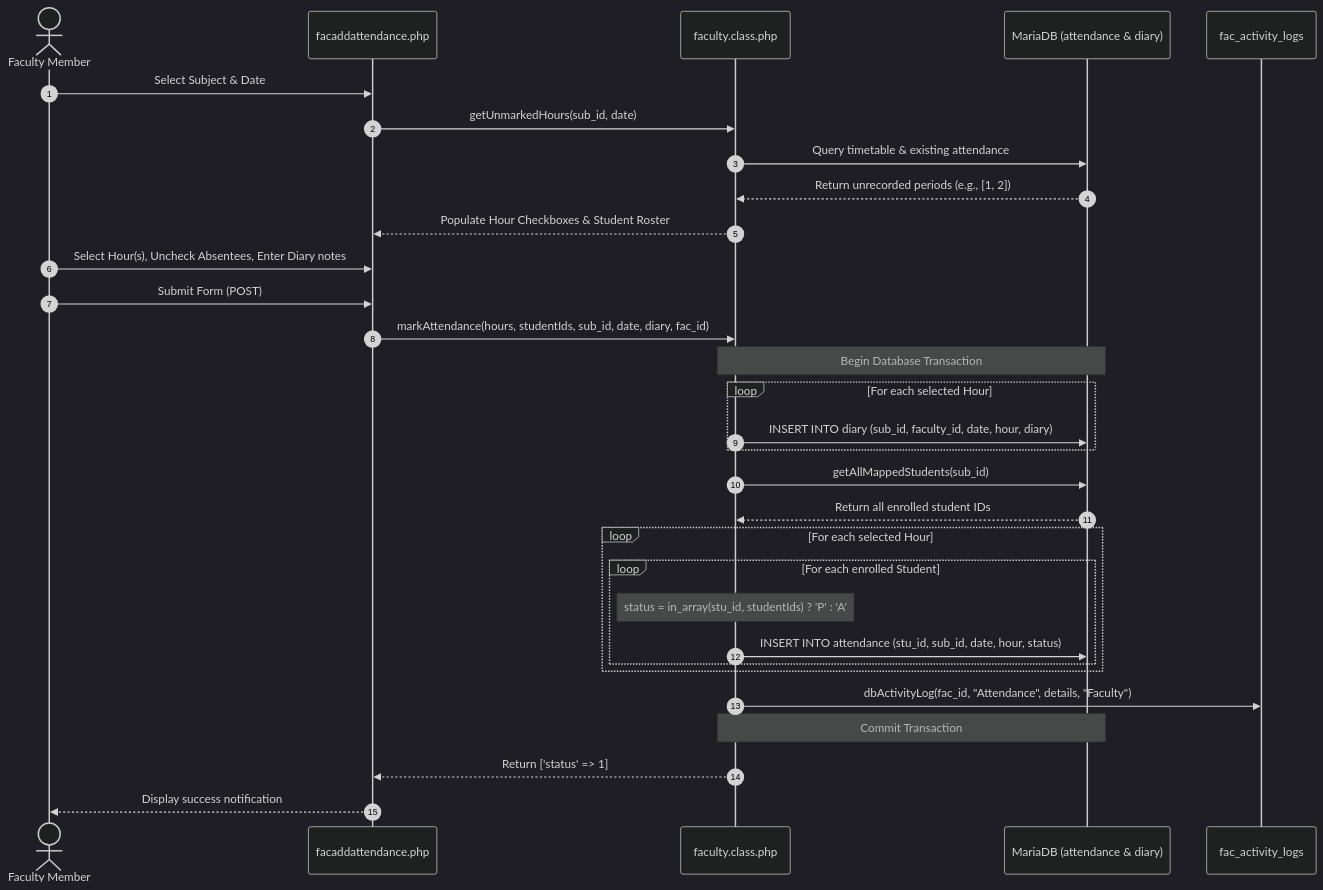
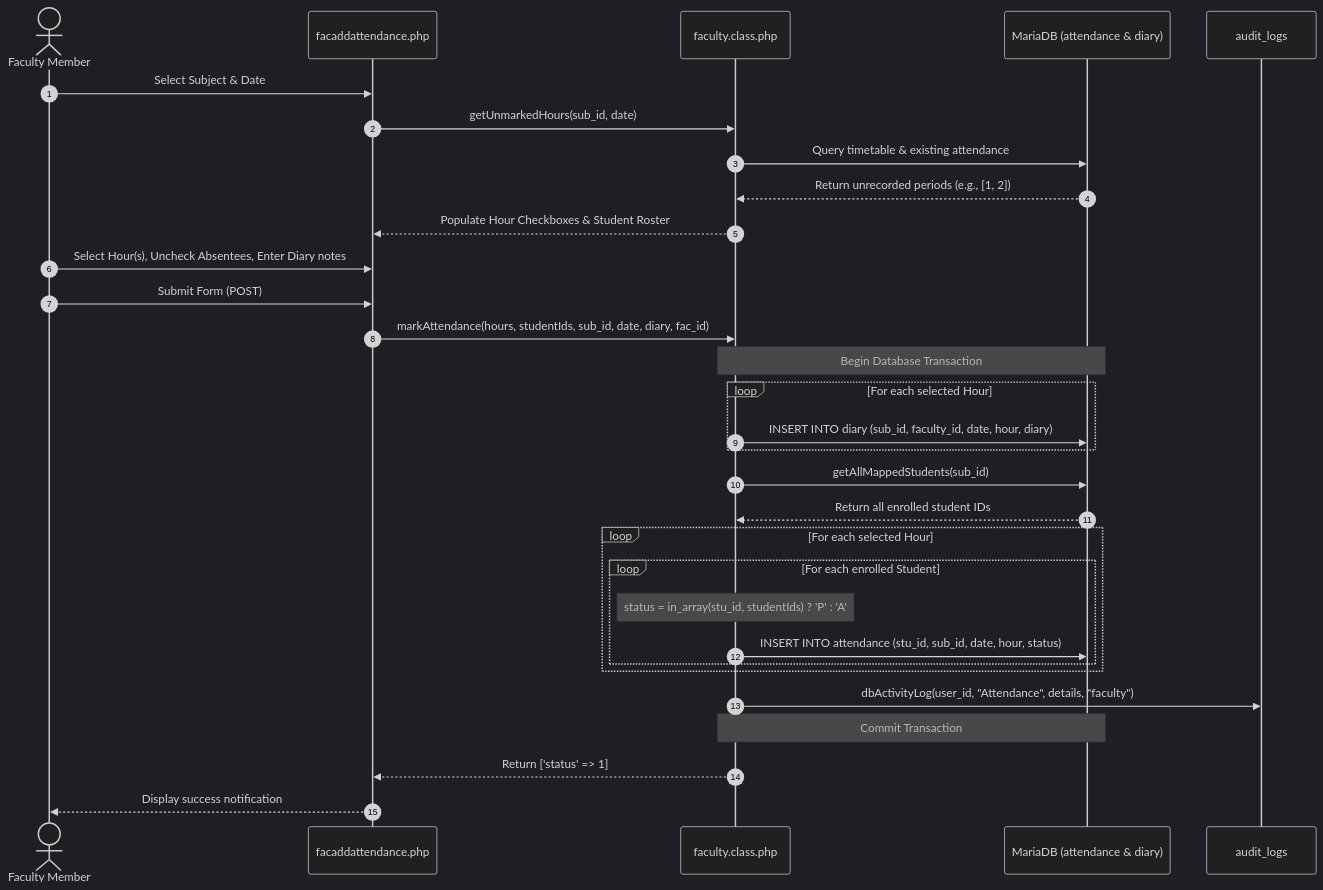
Before and after one commit to katamanilprojects/sarb: the diagram in docs/workflows/attendance-marking.md, drawn with Mermaid (dark theme). The commit also changed other lines of this file and 125 other files, not shown here.

````diff
--- a/docs/workflows/attendance-marking.md
+++ b/docs/workflows/attendance-marking.md
@@ -9,41 +9,41 @@
 ```mermaid
 sequenceDiagram
     autonumber
     actor Faculty as Faculty Member
     participant UI as facaddattendance.php
     participant Model as faculty.class.php
     participant DB as MariaDB (attendance & diary)
-    participant Log as fac_activity_logs
+    participant Log as audit_logs
 
     Faculty->>UI: Select Subject & Date
     UI->>Model: getUnmarkedHours(sub_id, date)
     Model->>DB: Query timetable & existing attendance
     DB-->>Model: Return unrecorded periods (e.g., [1, 2])
     Model-->>UI: Populate Hour Checkboxes & Student Roster
     
     Faculty->>UI: Select Hour(s), Uncheck Absentees, Enter Diary notes
     Faculty->>UI: Submit Form (POST)
     
     UI->>Model: markAttendance(hours, studentIds, sub_id, date, diary, fac_id)
     Note over Model,DB: Begin Database Transaction
     
     loop For each selected Hour
         Model->>DB: INSERT INTO diary (sub_id, faculty_id, date, hour, diary)
     end
     
     Model->>DB: getAllMappedStudents(sub_id)
     DB-->>Model: Return all enrolled student IDs
     
     loop For each selected Hour
         loop For each enrolled Student
             Note over Model: status = in_array(stu_id, studentIds) ? 'P' : 'A'
             Model->>DB: INSERT INTO attendance (stu_id, sub_id, date, hour, status)
         end
     end
     
-    Model->>Log: dbActivityLog(fac_id, "Attendance", details, "Faculty")
+    Model->>Log: dbActivityLog(user_id, "Attendance", details, "faculty")
     Note over Model,DB: Commit Transaction
     
     Model-->>UI: Return ['status' => 1]
     UI-->>Faculty: Display success notification
 ```
````
